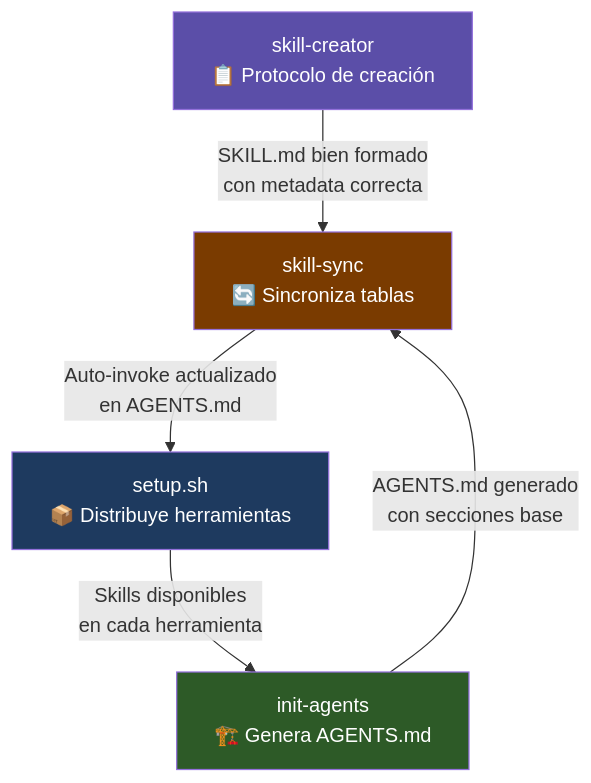
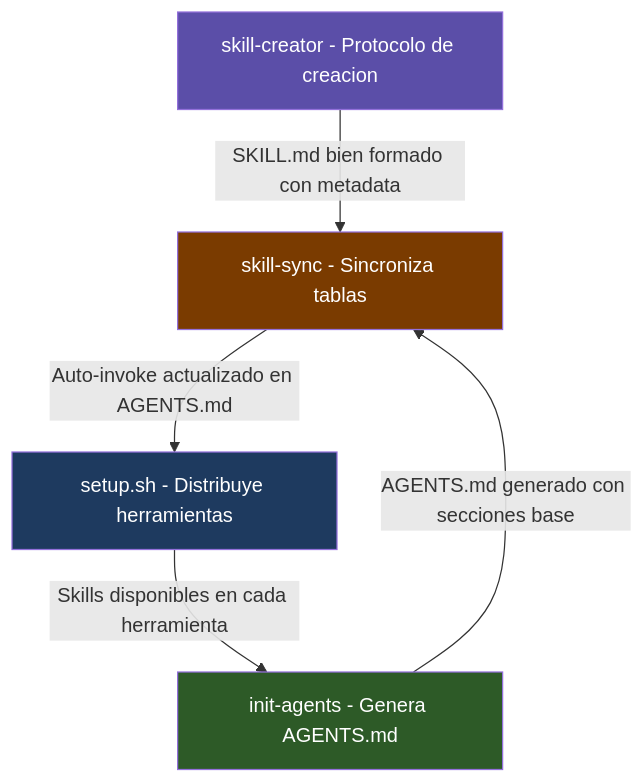
The third of 3 diagrams in README.md (DavDaz/agentskills-starter), drawn with Mermaid before and after one commit. The commit also changed other lines of this file, not shown here.

Commit message:
docs: fix mermaid syntax and rewrite quickstart flow

````diff
--- a/README.md
+++ b/README.md
@@ -141,17 +158,17 @@
 ```mermaid
 flowchart TD
-    SC[skill-creator\n📋 Protocolo de creación]
-    IA[init-agents\n🏗️ Genera AGENTS.md]
-    SS[skill-sync\n🔄 Sincroniza tablas]
-    SH[setup.sh\n📦 Distribuye herramientas]
+    SC[skill-creator - Protocolo de creacion]
+    IA[init-agents - Genera AGENTS.md]
+    SS[skill-sync - Sincroniza tablas]
+    SH[setup.sh - Distribuye herramientas]
 
-    SC -->|"SKILL.md bien formado\ncon metadata correcta"| SS
-    IA -->|"AGENTS.md generado\ncon secciones base"| SS
-    SS -->|"Auto-invoke actualizado\nen AGENTS.md"| SH
-    SH -->|"Skills disponibles\nen cada herramienta"| IA
+    SC -->|SKILL.md bien formado con metadata| SS
+    IA -->|AGENTS.md generado con secciones base| SS
+    SS -->|Auto-invoke actualizado en AGENTS.md| SH
+    SH -->|Skills disponibles en cada herramienta| IA
 
     style SC fill:#5b4ea8,color:#fff
     style IA fill:#2d5a27,color:#fff
     style SS fill:#7a3b00,color:#fff
     style SH fill:#1e3a5f,color:#fff
 ```
````
